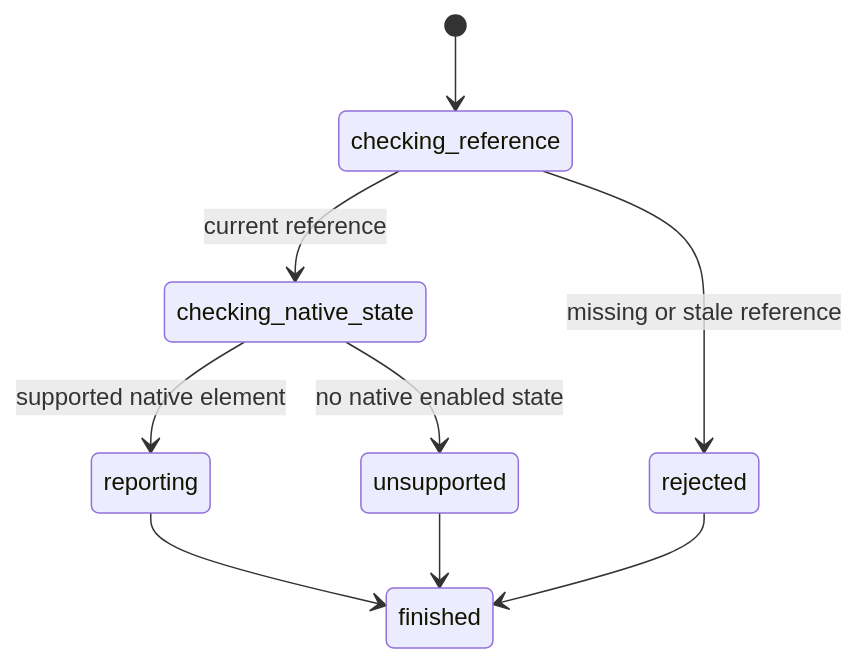
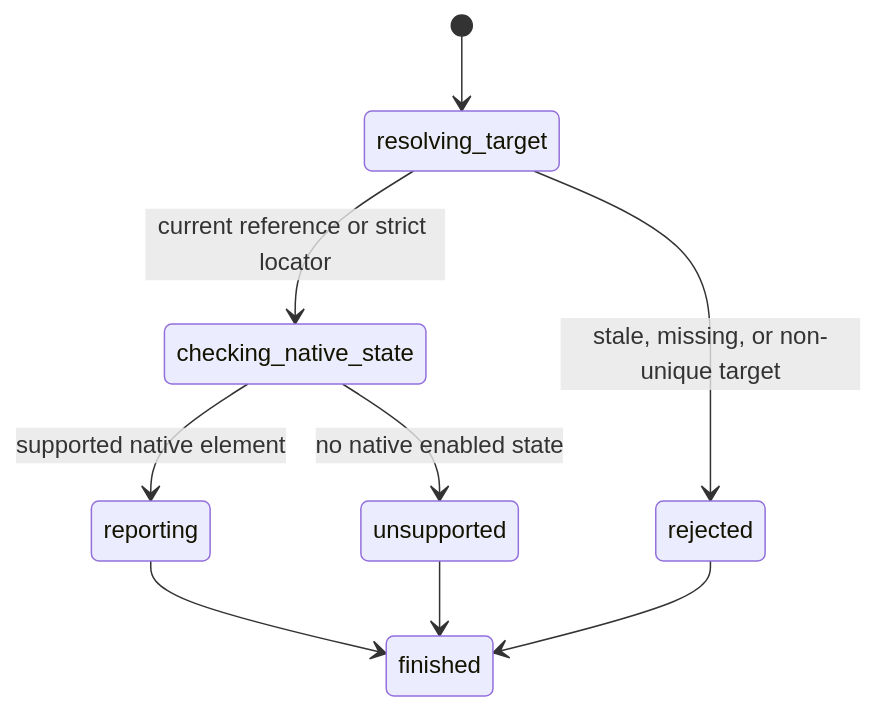
The diagram in inspection/read-enabled.md (thoriqakbar0/browser.jr), drawn with Mermaid before and after one commit. The commit also changed other lines of this file and 45 other files, not shown here.

````diff
--- a/inspection/read-enabled.md
+++ b/inspection/read-enabled.md
@@ -19,11 +19,11 @@
 ```mermaid
 stateDiagram-v2
-    [*] --> checking_reference
-    checking_reference --> rejected : missing or stale reference
-    checking_reference --> checking_native_state : current reference
+    [*] --> resolving_target
+    resolving_target --> rejected : stale, missing, or non-unique target
+    resolving_target --> checking_native_state : current reference or strict locator
     checking_native_state --> unsupported : no native enabled state
     checking_native_state --> reporting : supported native element
     reporting --> finished
     unsupported --> finished
     rejected --> finished
 ```
````
